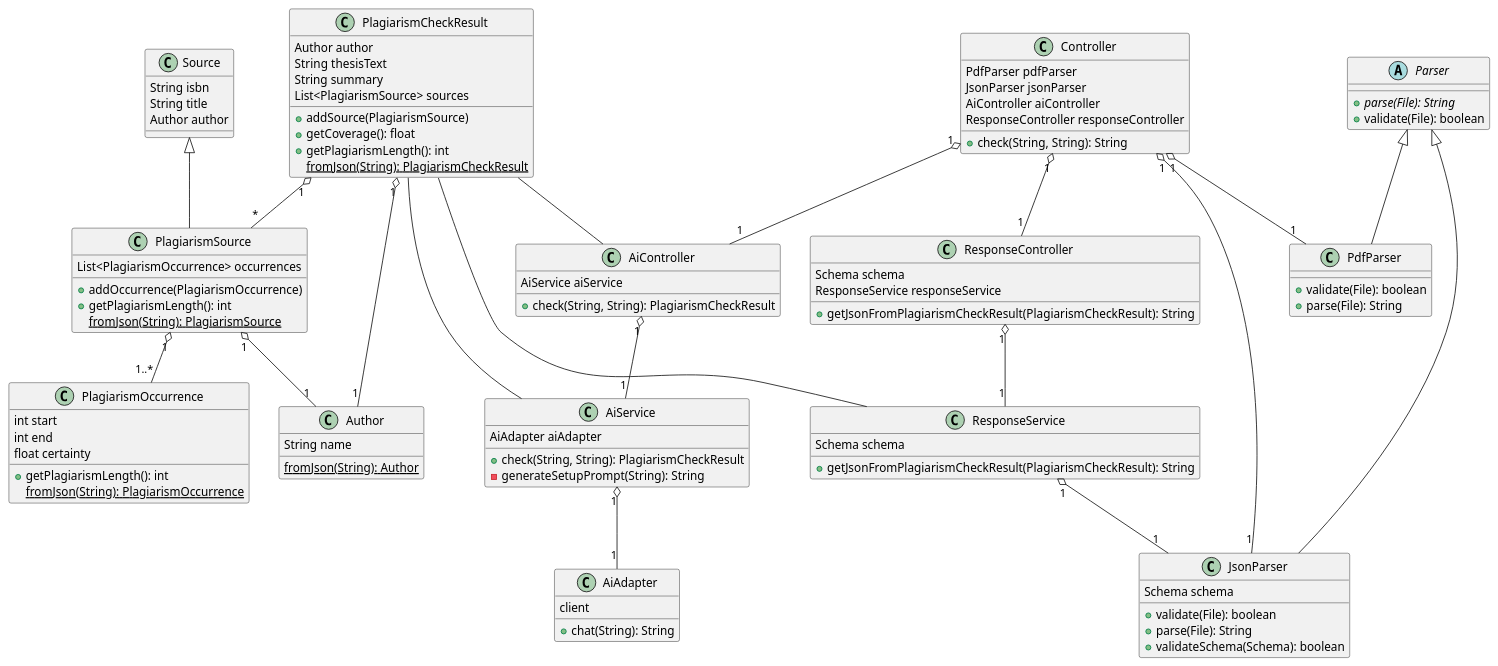
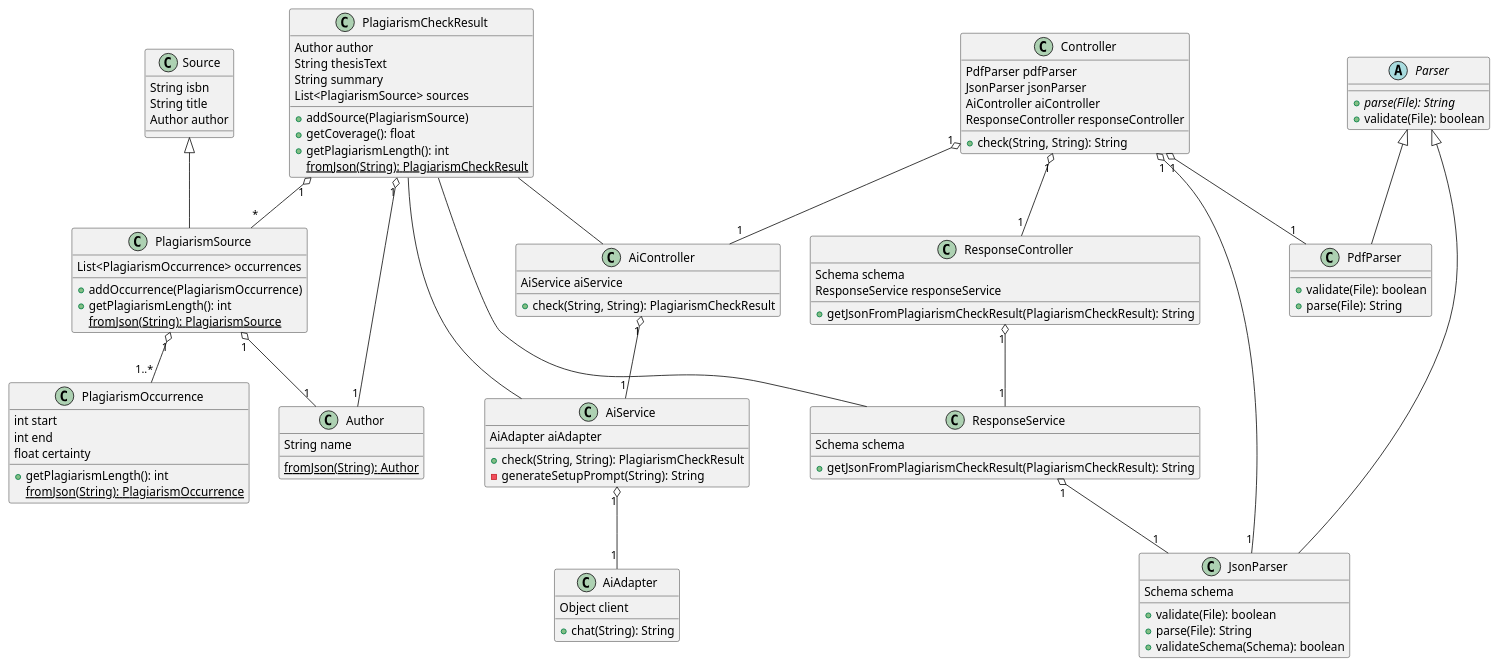
The diagram in diagrams/classes.puml (DHBW-FN/ti21-sweng2), drawn with PlantUML before and after one commit. The commit also changed 1 other file, not shown here.

```diff
--- a/diagrams/classes.puml
+++ b/diagrams/classes.puml
@@ -1,108 +1,108 @@
 @startuml Klassendiagramm
 class PlagiarismCheckResult {
     Author author
     String thesisText
     String summary
     List<PlagiarismSource> sources
     +addSource(PlagiarismSource)
     +getCoverage(): float
     +getPlagiarismLength(): int
     {static} fromJson(String): PlagiarismCheckResult
 }
 
 class PlagiarismSource extends Source {
     List<PlagiarismOccurrence> occurrences
     +addOccurrence(PlagiarismOccurrence)
     +getPlagiarismLength(): int
     {static} fromJson(String): PlagiarismSource
 }
 
 class PlagiarismOccurrence {
     int start
     int end
     float certainty
     +getPlagiarismLength(): int
     {static} fromJson(String): PlagiarismOccurrence
 }
 
 class Author {
     String name
     {static} fromJson(String): Author
 }
 
 class Source {
     String isbn
     String title
     Author author
 }
 
 abstract class Parser {
     {abstract} +parse(File): String
     +validate(File): boolean
 }
 
 class PdfParser extends Parser {
     +validate(File): boolean
     +parse(File): String
 }
 
 class JsonParser extends Parser {
     Schema schema
     +validate(File): boolean
     +parse(File): String
     +validateSchema(Schema): boolean
 }
 
 class Controller {
     PdfParser pdfParser
     JsonParser jsonParser
     AiController aiController
     ResponseController responseController
     +check(String, String): String
 }
 
 class AiController {
     AiService aiService
     +check(String, String): PlagiarismCheckResult
 }
 
 class AiService {
     AiAdapter aiAdapter
     +check(String, String): PlagiarismCheckResult
     -generateSetupPrompt(String): String
 }
 
 class AiAdapter {
-    client
+    Object client
     +chat(String): String
 }
 
 class ResponseController {
     Schema schema
     ResponseService responseService
     +getJsonFromPlagiarismCheckResult(PlagiarismCheckResult): String
 }
 
 class ResponseService {
     Schema schema
     +getJsonFromPlagiarismCheckResult(PlagiarismCheckResult): String
 }
 
 Controller "1" o-- "1" PdfParser
 Controller "1" o-- "1" JsonParser
 Controller "1" o-- "1" AiController
 AiController "1" o-- "1" AiService
 AiService "1" o-- "1" AiAdapter
 Controller "1" o-- "1" ResponseController
 ResponseController "1" o-- "1" ResponseService
 ResponseService "1" o-- "1" JsonParser
 
 PlagiarismCheckResult -- AiController
 PlagiarismCheckResult -- AiService
 PlagiarismCheckResult -- ResponseService
 
 PlagiarismCheckResult "1" o-- "*" PlagiarismSource
 PlagiarismCheckResult "1" o-- "1" Author
 PlagiarismSource "1" o-- "1..*" PlagiarismOccurrence
 PlagiarismSource "1" o-- "1" Author
 @enduml
```
